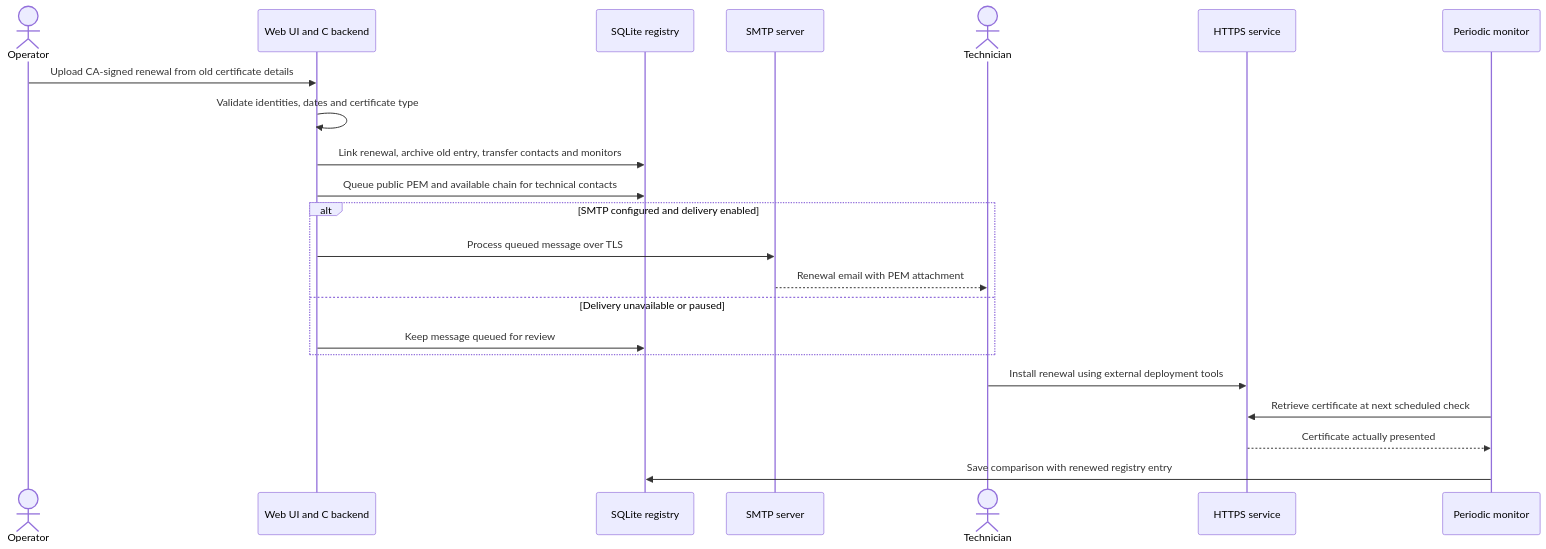
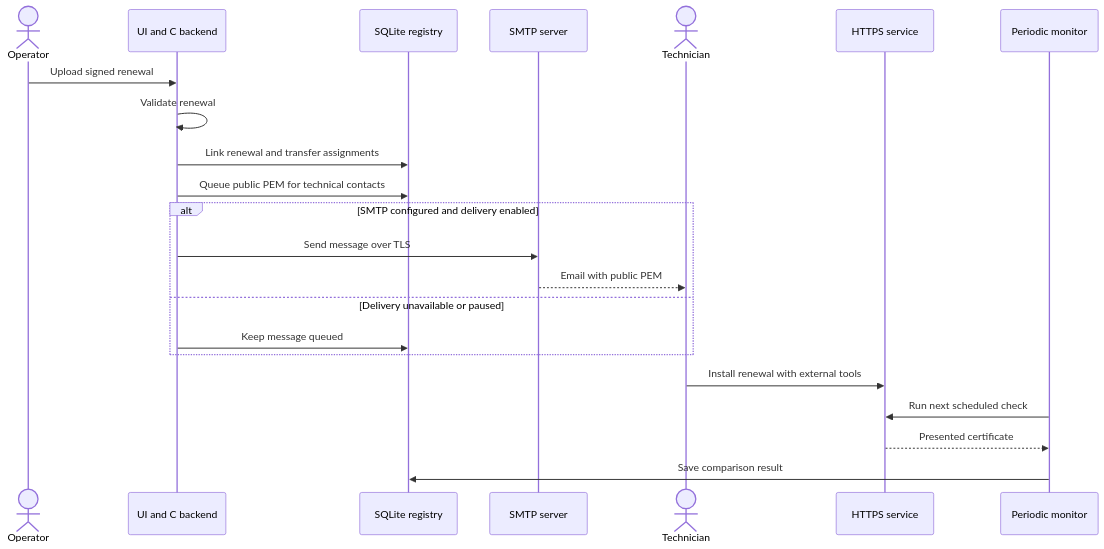
The second of 2 diagrams in docs/WORKFLOW.md (GiorgioOppo/Certificate-Manager), drawn with Mermaid before and after one commit. The commit also changed other lines of this file and 2 other files, not shown here.

Commit message:
Improve workflow diagram readability on GitHub

````diff
--- a/docs/WORKFLOW.md
+++ b/docs/WORKFLOW.md
@@ -79,24 +77,24 @@
 ```mermaid
 sequenceDiagram
     actor Operator
-    participant App as Web UI and C backend
+    participant App as UI and C backend
     participant DB as SQLite registry
     participant SMTP as SMTP server
     actor Technician
     participant Service as HTTPS service
     participant Monitor as Periodic monitor
-    Operator->>App: Upload CA-signed renewal from old certificate details
-    App->>App: Validate identities, dates and certificate type
-    App->>DB: Link renewal, archive old entry, transfer contacts and monitors
-    App->>DB: Queue public PEM and available chain for technical contacts
+    Operator->>App: Upload signed renewal
+    App->>App: Validate renewal
+    App->>DB: Link renewal and transfer assignments
+    App->>DB: Queue public PEM for technical contacts
     alt SMTP configured and delivery enabled
-        App->>SMTP: Process queued message over TLS
-        SMTP-->>Technician: Renewal email with PEM attachment
+        App->>SMTP: Send message over TLS
+        SMTP-->>Technician: Email with public PEM
     else Delivery unavailable or paused
-        App->>DB: Keep message queued for review
+        App->>DB: Keep message queued
     end
-    Technician->>Service: Install renewal using external deployment tools
-    Monitor->>Service: Retrieve certificate at next scheduled check
-    Service-->>Monitor: Certificate actually presented
-    Monitor->>DB: Save comparison with renewed registry entry
+    Technician->>Service: Install renewal with external tools
+    Monitor->>Service: Run next scheduled check
+    Service-->>Monitor: Presented certificate
+    Monitor->>DB: Save comparison result
 ```
````
